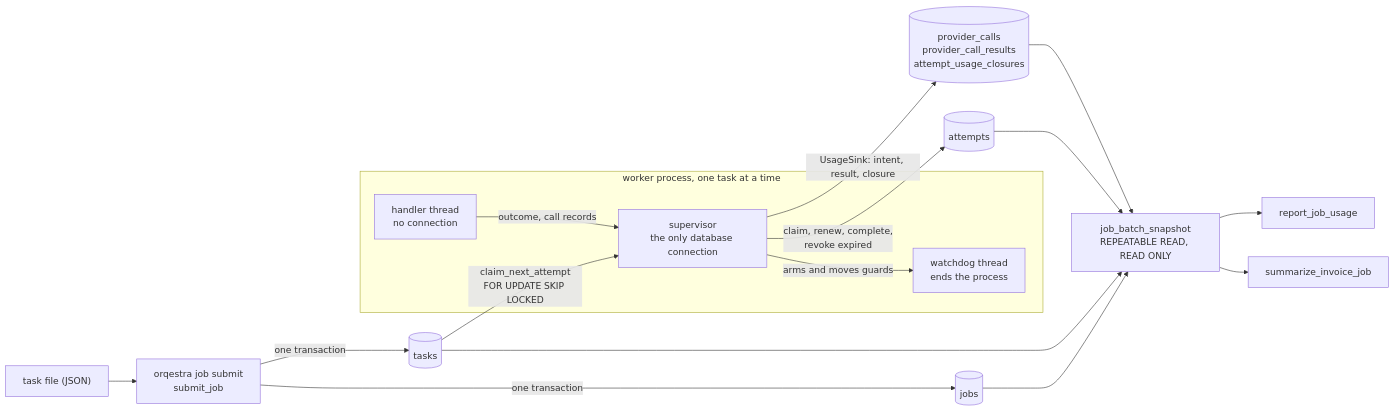
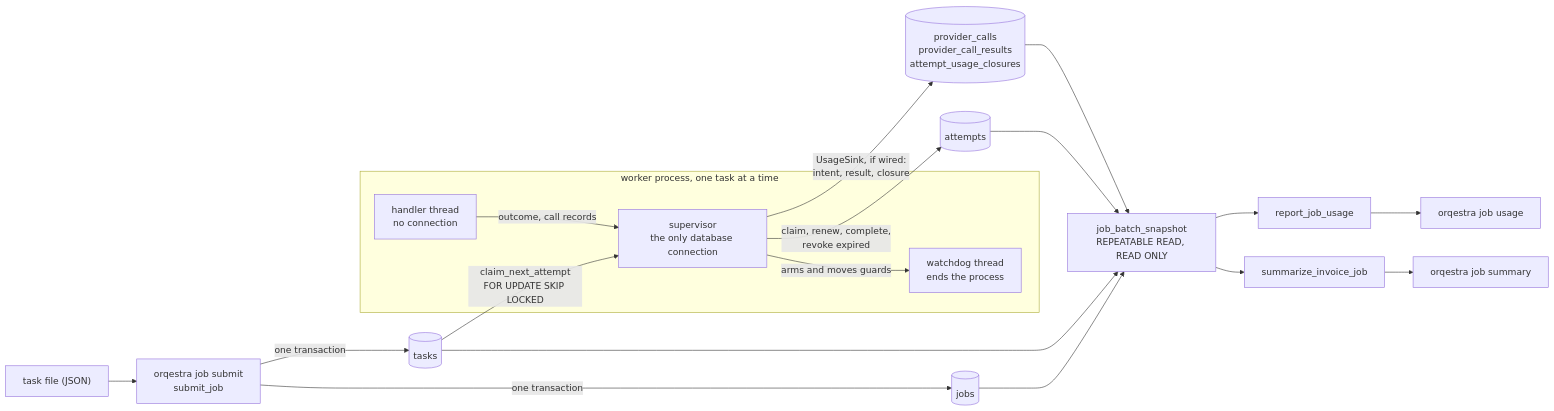
One commit to sanadhamadd/orqestra changed the first of 4 diagrams in docs/architecture.md. Above: the diagram before and after it, drawn with Mermaid. The commit also changed other lines of this file and 9 other files, not shown here.

````diff
--- a/docs/architecture.md
+++ b/docs/architecture.md
@@ -29,22 +34,24 @@
 ```mermaid
 flowchart LR
     file["task file (JSON)"] --> submit["orqestra job submit<br/>submit_job"]
     submit -- "one transaction" --> jobs[(jobs)]
     submit -- "one transaction" --> tasks[(tasks)]
 
     subgraph worker["worker process, one task at a time"]
         supervisor["supervisor<br/>the only database connection"]
         handler["handler thread<br/>no connection"]
         watchdog["watchdog thread<br/>ends the process"]
         handler -- "outcome, call records" --> supervisor
         supervisor -- "arms and moves guards" --> watchdog
     end
 
     tasks -- "claim_next_attempt<br/>FOR UPDATE SKIP LOCKED" --> supervisor
     supervisor -- "claim, renew, complete,<br/>revoke expired" --> attempts[(attempts)]
-    supervisor -- "UsageSink: intent, result, closure" --> ledger[("provider_calls<br/>provider_call_results<br/>attempt_usage_closures")]
+    supervisor -- "UsageSink, if wired:<br/>intent, result, closure" --> ledger[("provider_calls<br/>provider_call_results<br/>attempt_usage_closures")]
 
     jobs & tasks & attempts & ledger --> snapshot["job_batch_snapshot<br/>REPEATABLE READ, READ ONLY"]
     snapshot --> summary["summarize_invoice_job"]
     snapshot --> usage["report_job_usage"]
+    summary --> clisummary["orqestra job summary"]
+    usage --> cliusage["orqestra job usage"]
 ```
````
